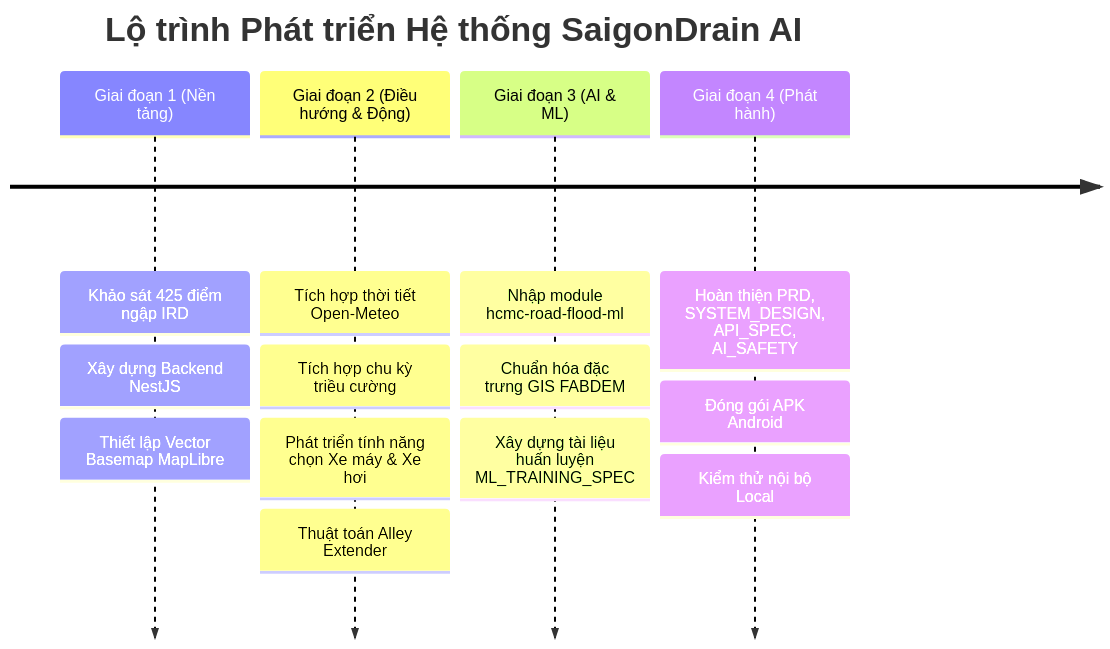
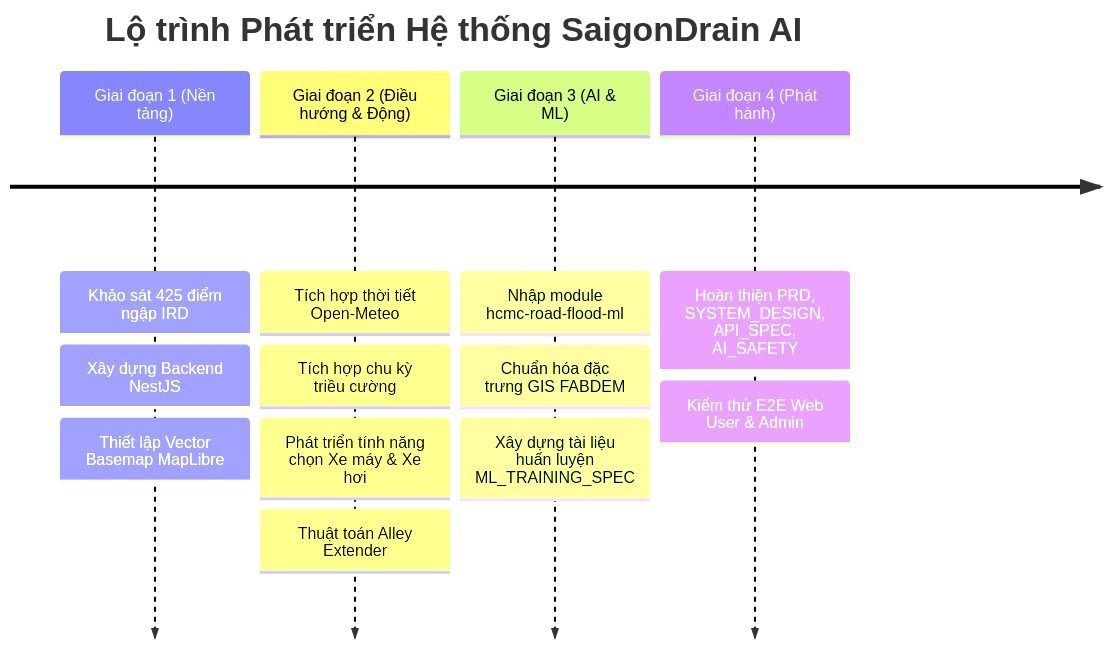
Before and after one commit to MAnhhaoo/TokenPlusHKT2026: the second of 2 diagrams in docs/PRD_SaigonDrain_v2.md, drawn with Mermaid. The commit also changed other lines of this file and 122 other files, not shown here.

````diff
--- a/docs/PRD_SaigonDrain_v2.md
+++ b/docs/PRD_SaigonDrain_v2.md
@@ -118,8 +114,8 @@
 ```mermaid
 timeline
     title Lộ trình Phát triển Hệ thống SaigonDrain AI
     Giai đoạn 1 (Nền tảng) : Khảo sát 425 điểm ngập IRD : Xây dựng Backend NestJS : Thiết lập Vector Basemap MapLibre
     Giai đoạn 2 (Điều hướng & Động) : Tích hợp thời tiết Open-Meteo : Tích hợp chu kỳ triều cường : Phát triển tính năng chọn Xe máy & Xe hơi : Thuật toán Alley Extender
     Giai đoạn 3 (AI & ML) : Nhập module hcmc-road-flood-ml : Chuẩn hóa đặc trưng GIS FABDEM : Xây dựng tài liệu huấn luyện ML_TRAINING_SPEC
-    Giai đoạn 4 (Phát hành) : Hoàn thiện PRD, SYSTEM_DESIGN, API_SPEC, AI_SAFETY : Đóng gói APK Android : Kiểm thử nội bộ Local
+    Giai đoạn 4 (Phát hành) : Hoàn thiện PRD, SYSTEM_DESIGN, API_SPEC, AI_SAFETY : Kiểm thử E2E Web User & Admin
 ```
````
